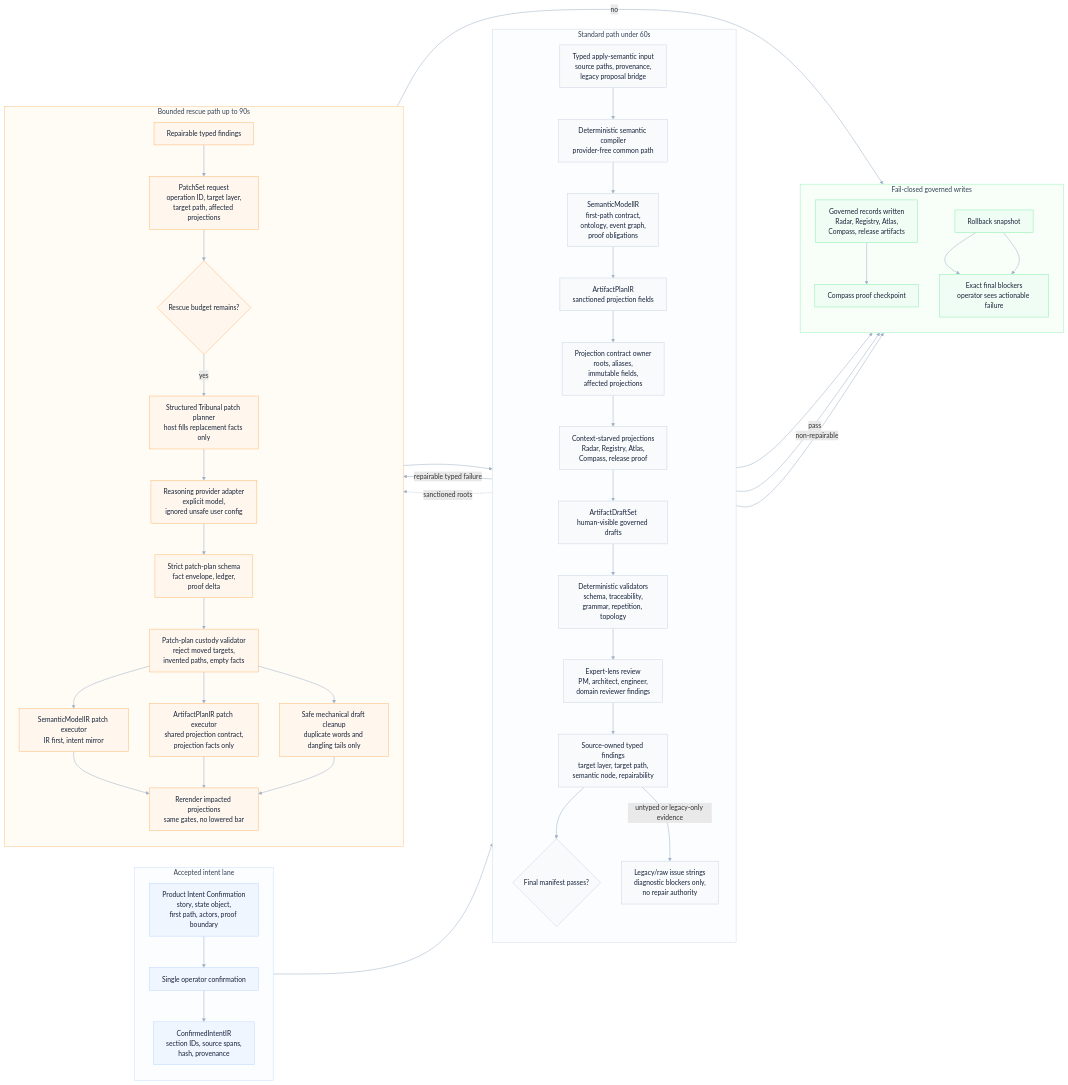
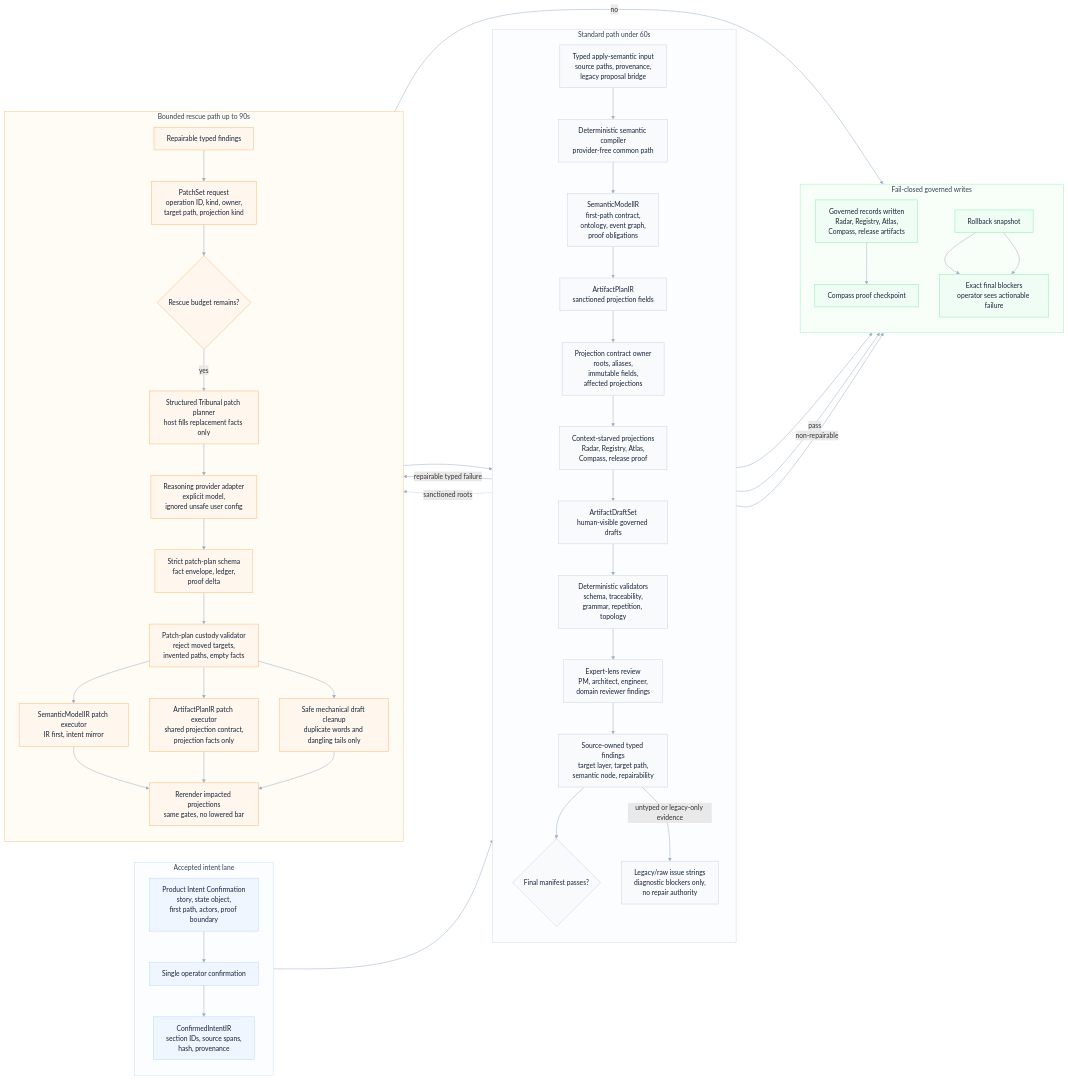
Before and after one commit to odylith/odylith: the diagram in odylith/atlas/source/domain-intelligence-greenfield-governance.mmd, drawn with Mermaid. The commit also changed 45 other files, not shown here.

```diff
--- a/odylith/atlas/source/domain-intelligence-greenfield-governance.mmd
+++ b/odylith/atlas/source/domain-intelligence-greenfield-governance.mmd
@@ -1,80 +1,80 @@
 flowchart LR
     subgraph accepted_lane["Accepted intent lane"]
       direction TB
       visible_intent["Product Intent Confirmation<br/>story, state object,<br/>first path, actors, proof boundary"]
       confirm["Single operator confirmation"]
       confirmed_ir["ConfirmedIntentIR<br/>section IDs, source spans,<br/>hash, provenance"]
     end
 
     subgraph standard_lane["Standard path under 60s"]
       direction TB
       apply_input["Typed apply-semantic input<br/>source paths, provenance,<br/>legacy proposal bridge"]
       compiler["Deterministic semantic compiler<br/>provider-free common path"]
       semantic_ir["SemanticModelIR<br/>first-path contract,<br/>ontology, event graph,<br/>proof obligations"]
       artifact_plan["ArtifactPlanIR<br/>sanctioned projection fields"]
       projection_contract["Projection contract owner<br/>roots, aliases,<br/>immutable fields,<br/>affected projections"]
       projections["Context-starved projections<br/>Radar, Registry, Atlas,<br/>Compass, release proof"]
       draft_set["ArtifactDraftSet<br/>human-visible governed drafts"]
       validators["Deterministic validators<br/>schema, traceability,<br/>grammar, repetition, topology"]
       expert_lenses["Expert-lens review<br/>PM, architect, engineer,<br/>domain reviewer findings"]
       typed_findings["Source-owned typed findings<br/>target layer, target path,<br/>semantic node, repairability"]
       legacy_blockers["Legacy/raw issue strings<br/>diagnostic blockers only,<br/>no repair authority"]
       final_manifest{"Final manifest passes?"}
     end
 
     subgraph rescue_lane["Bounded rescue path up to 90s"]
       direction TB
       repairable["Repairable typed findings"]
-      patchset["PatchSet request<br/>operation ID, target layer,<br/>target path, affected projections"]
+      patchset["PatchSet request<br/>operation ID, kind, owner,<br/>target path, projection kind"]
       rescue_budget{"Rescue budget remains?"}
       tribunal_planner["Structured Tribunal patch planner<br/>host fills replacement facts only"]
       provider_adapter["Reasoning provider adapter<br/>explicit model,<br/>ignored unsafe user config"]
       strict_schema["Strict patch-plan schema<br/>fact envelope, ledger,<br/>proof delta"]
       custody_check["Patch-plan custody validator<br/>reject moved targets,<br/>invented paths, empty facts"]
       semantic_apply["SemanticModelIR patch executor<br/>IR first, intent mirror"]
       plan_apply["ArtifactPlanIR patch executor<br/>shared projection contract,<br/>projection facts only"]
       copy_repair["Safe mechanical draft cleanup<br/>duplicate words and dangling tails only"]
       rerender["Rerender impacted projections<br/>same gates, no lowered bar"]
     end
 
     subgraph write_lane["Fail-closed governed writes"]
       direction TB
       writes["Governed records written<br/>Radar, Registry, Atlas,<br/>Compass, release artifacts"]
       rollback["Rollback snapshot"]
       blockers["Exact final blockers<br/>operator sees actionable failure"]
       proof_log["Compass proof checkpoint"]
     end
 
     visible_intent --> confirm --> confirmed_ir
     confirmed_ir --> apply_input --> compiler --> semantic_ir --> artifact_plan --> projection_contract --> projections --> draft_set
     draft_set --> validators --> expert_lenses --> typed_findings --> final_manifest
     typed_findings -- "untyped or legacy-only evidence" --> legacy_blockers --> rollback
     final_manifest -- "pass" --> writes --> proof_log
     final_manifest -- "repairable typed failure" --> repairable --> patchset --> rescue_budget
     rescue_budget -- "yes" --> tribunal_planner --> provider_adapter --> strict_schema --> custody_check
     custody_check --> semantic_apply
     custody_check --> plan_apply
     custody_check --> copy_repair
     projection_contract -. "sanctioned roots" .-> plan_apply
     semantic_apply --> rerender
     plan_apply --> rerender
     copy_repair --> rerender
     rerender --> validators
     rescue_budget -- "no" --> rollback --> blockers
     final_manifest -- "non-repairable" --> rollback
     rollback --> blockers
 
     classDef intent fill:#EFF6FF,stroke:#BFD7FE,color:#17233A,stroke-width:1.2px;
     classDef standard fill:#F8FAFC,stroke:#CBD5E1,color:#17233A,stroke-width:1.2px;
     classDef rescue fill:#FFF7ED,stroke:#FDBA74,color:#17233A,stroke-width:1.2px;
     classDef write fill:#F0FDF4,stroke:#86EFAC,color:#17233A,stroke-width:1.2px;
     class visible_intent,confirm,confirmed_ir intent;
     class apply_input,compiler,semantic_ir,artifact_plan,projection_contract,projections,draft_set,validators,expert_lenses,typed_findings,legacy_blockers,final_manifest standard;
     class repairable,patchset,rescue_budget,tribunal_planner,provider_adapter,strict_schema,custody_check,semantic_apply,plan_apply,copy_repair,rerender rescue;
     class writes,rollback,blockers,proof_log write;
 
     style accepted_lane fill:#FBFDFF,stroke:#BFD7FE,stroke-width:1px,color:#334155
     style standard_lane fill:#FBFDFF,stroke:#CBD5E1,stroke-width:1px,color:#334155
     style rescue_lane fill:#FFFBF5,stroke:#FDBA74,stroke-width:1px,color:#334155
     style write_lane fill:#F8FFF9,stroke:#86EFAC,stroke-width:1px,color:#334155
     linkStyle default stroke:#9FB2C8,stroke-width:1.25px
```
